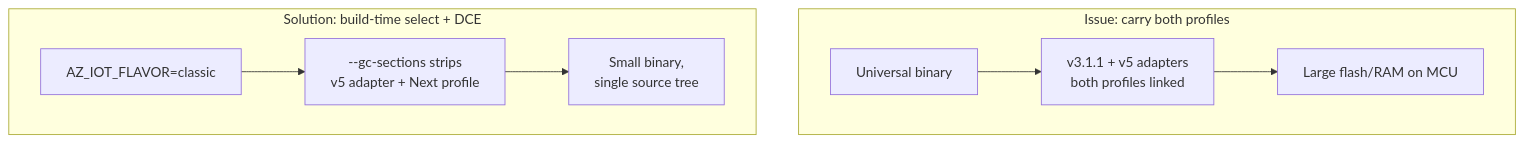
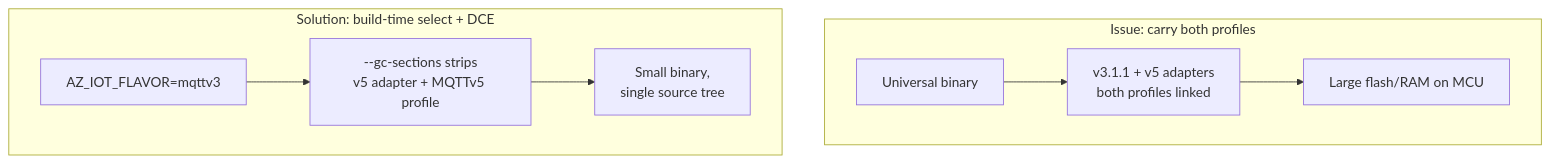
One commit to Azure/azure-iot-sdk changed diagram 19 of 20 in c/docs/eng/split-client.md. Above: the diagram before and after it, drawn with Mermaid. The commit also changed other lines of this file and 99 other files, not shown here.

First line of the commit message:
[C] Rename Classic/Next/AEG to MQTTv3/MQTTv5 (#274)

````diff
--- a/c/docs/eng/split-client.md
+++ b/c/docs/eng/split-client.md
@@ -626,16 +626,16 @@
 ```mermaid
 flowchart TB
     subgraph ISSUE["Issue: carry both profiles"]
         U1["Universal binary"]
         U2["v3.1.1 + v5 adapters<br/>both profiles linked"]
         U3["Large flash/RAM on MCU"]
         U1 --> U2 --> U3
     end
 
     subgraph FIX["Solution: build-time select + DCE"]
-        S1["AZ_IOT_FLAVOR=classic"]
-        S2["--gc-sections strips<br/>v5 adapter + Next profile"]
+        S1["AZ_IOT_FLAVOR=mqttv3"]
+        S2["--gc-sections strips<br/>v5 adapter + MQTTv5 profile"]
         S3["Small binary,<br/>single source tree"]
         S1 --> S2 --> S3
     end
 ```
````
